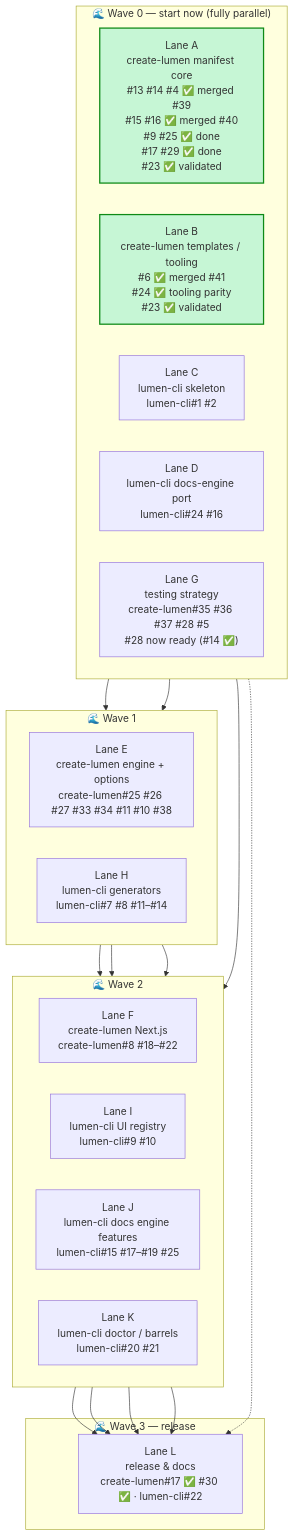
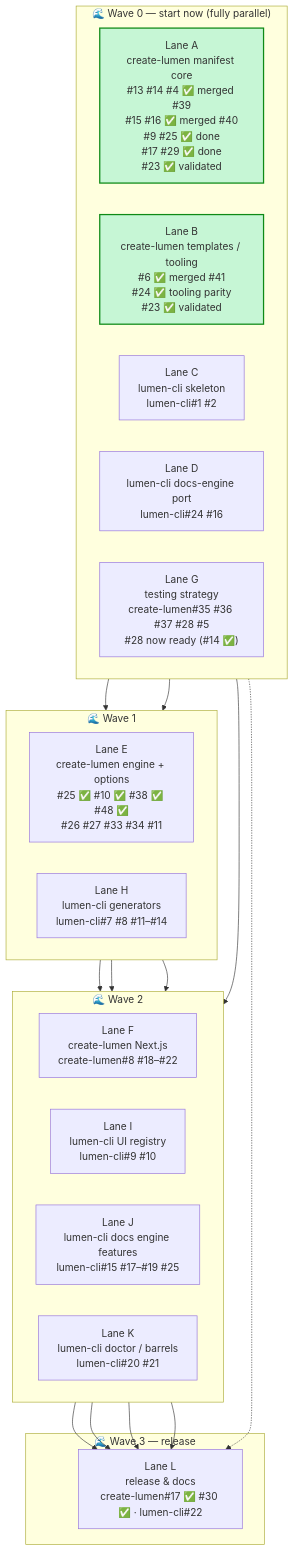
One commit to LUMEN-SH/create-lumen changed the third of 5 diagrams in docs/PLAN.md. Above: the diagram before and after it, drawn with Mermaid. The commit also changed other lines of this file and 8 other files, not shown here.

````diff
--- a/docs/PLAN.md
+++ b/docs/PLAN.md
@@ -142,43 +145,43 @@
 ```mermaid
 flowchart TB
     subgraph W0["🌊 Wave 0 — start now (fully parallel)"]
         direction LR
         LaneA["Lane A<br/>create-lumen manifest core<br/>#13 #14 #4 ✅ merged #39<br/>#15 #16 ✅ merged #40<br/>#9 #25 ✅ done<br/>#17 #29 ✅ done<br/>#23 ✅ validated"]
         LaneB["Lane B<br/>create-lumen templates / tooling<br/>#6 ✅ merged #41<br/>#24 ✅ tooling parity<br/>#23 ✅ validated"]
         LaneC["Lane C<br/>lumen-cli skeleton<br/>lumen-cli#1 #2"]
         LaneD["Lane D<br/>lumen-cli docs-engine port<br/>lumen-cli#24 #16"]
         LaneG["Lane G<br/>testing strategy<br/>create-lumen#35 #36 #37 #28 #5<br/>#28 now ready (#14 ✅)"]
     end
 
     subgraph W1["🌊 Wave 1"]
         direction LR
-        LaneE["Lane E<br/>create-lumen engine + options<br/>create-lumen#25 #26 #27 #33 #34 #11 #10 #38"]
+        LaneE["Lane E<br/>create-lumen engine + options<br/>#25 ✅ #10 ✅ #38 ✅ #48 ✅<br/>#26 #27 #33 #34 #11"]
         LaneH["Lane H<br/>lumen-cli generators<br/>lumen-cli#7 #8 #11–#14"]
     end
 
     subgraph W2["🌊 Wave 2"]
         direction LR
         LaneF["Lane F<br/>create-lumen Next.js<br/>create-lumen#8 #18–#22"]
         LaneI["Lane I<br/>lumen-cli UI registry<br/>lumen-cli#9 #10"]
         LaneJ["Lane J<br/>lumen-cli docs engine features<br/>lumen-cli#15 #17–#19 #25"]
         LaneK["Lane K<br/>lumen-cli doctor / barrels<br/>lumen-cli#20 #21"]
     end
 
     subgraph W3["🌊 Wave 3 — release"]
         LaneL["Lane L<br/>release &amp; docs<br/>create-lumen#17 ✅ #30 ✅ · lumen-cli#22"]
     end
 
     LaneA --> LaneE --> LaneF
     LaneC --> LaneH
     LaneH --> LaneI
     LaneH --> LaneK
     LaneD --> LaneJ
     LaneG -.-> LaneL
     LaneF --> LaneL
     LaneI --> LaneL
     LaneJ --> LaneL
     LaneK --> LaneL
 
     style LaneA fill:#c6f6d5,stroke:#0e8a16,stroke-width:2px
     style LaneB fill:#c6f6d5,stroke:#0e8a16,stroke-width:2px
 ```
````
